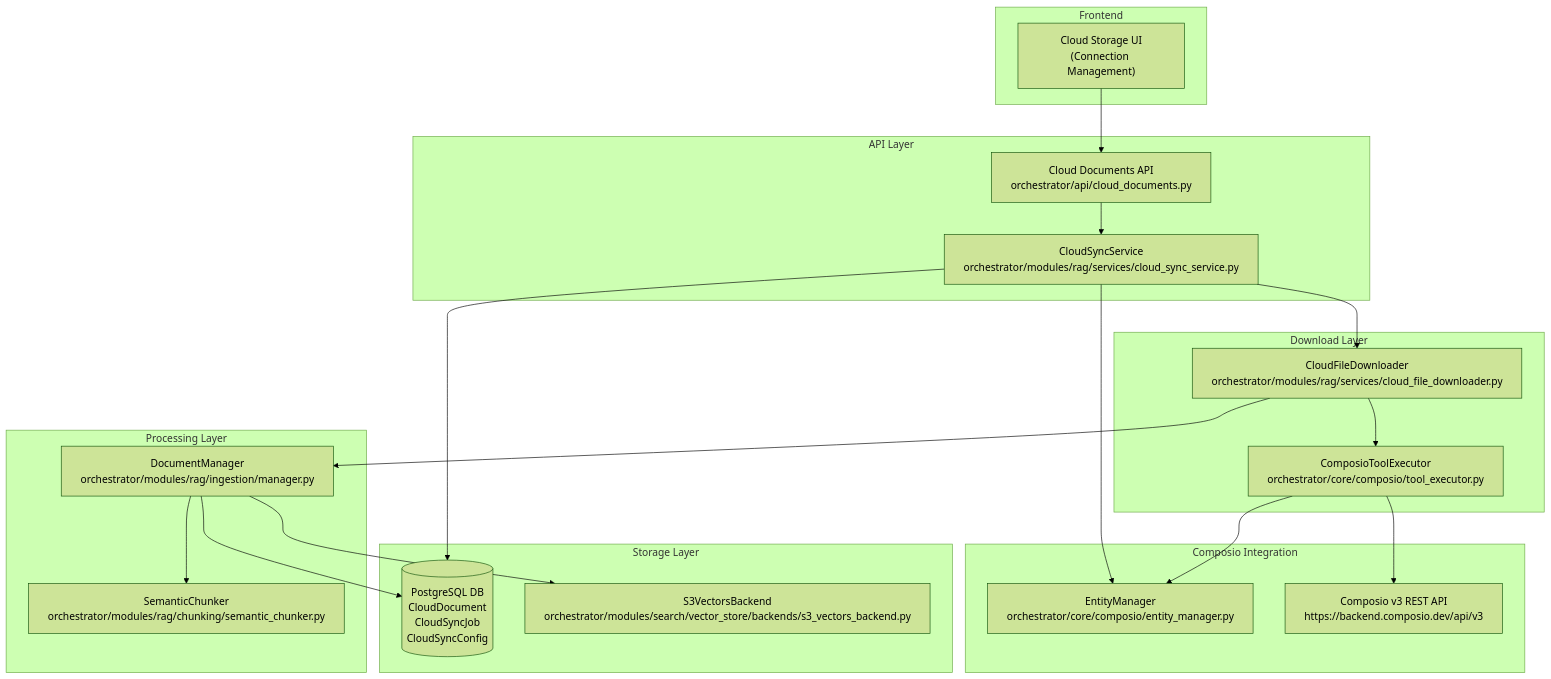
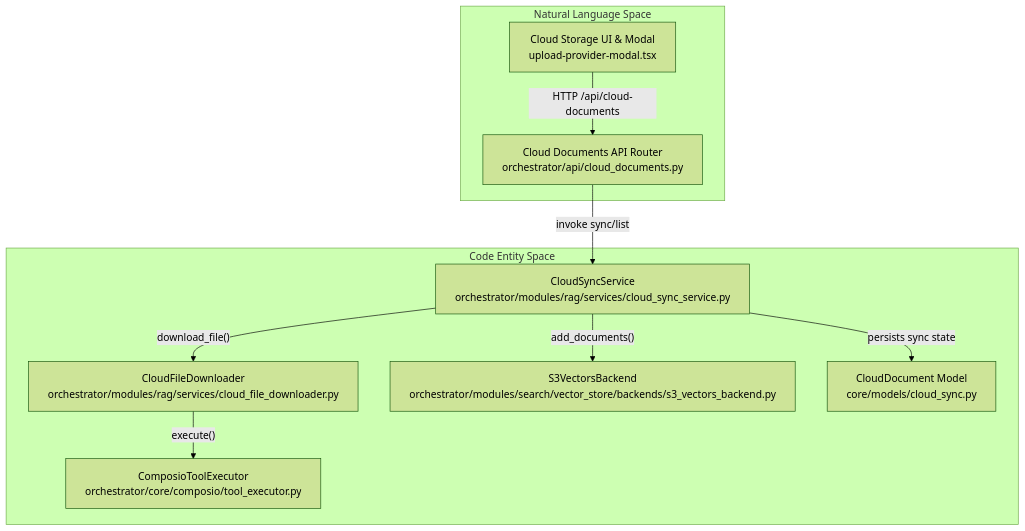
Before and after one commit to AutomatosAI/automatos-ai: the first of 3 diagrams in docs/knowledge-base-rag/cloud-storage-integration.md, drawn with Mermaid (forest theme). The commit also changed other lines of this file and 191 other files, not shown here.

````diff
--- a/docs/knowledge-base-rag/cloud-storage-integration.md
+++ b/docs/knowledge-base-rag/cloud-storage-integration.md
@@ -37,47 +56,22 @@
 ```mermaid
 graph TB
-    subgraph "Frontend"
-        UI["Cloud Storage UI<br/>(Connection Management)"]
+    subgraph "Natural Language Space"
+        UI["Cloud Storage UI & Modal<br/>upload-provider-modal.tsx"]
+        API["Cloud Documents API Router<br/>orchestrator/api/cloud_documents.py"]
     end
-    
-    subgraph "API Layer"
-        CloudAPI["CloudSyncService<br/>orchestrator/modules/rag/services/cloud_sync_service.py"]
-        CloudRouter["Cloud Documents API<br/>orchestrator/api/cloud_documents.py"]
+
+    subgraph "Code Entity Space"
+        Service["CloudSyncService<br/>orchestrator/modules/rag/services/cloud_sync_service.py"]
+        Downloader["CloudFileDownloader<br/>orchestrator/modules/rag/services/cloud_file_downloader.py"]
+        Executor["ComposioToolExecutor<br/>orchestrator/core/composio/tool_executor.py"]
+        Backend["S3VectorsBackend<br/>orchestrator/modules/search/vector_store/backends/s3_vectors_backend.py"]
+        StorageModel["CloudDocument Model<br/>core/models/cloud_sync.py"]
     end
-    
-    subgraph "Download Layer"
-        Downloader["CloudFileDownloader<br/>orchestrator/modules/rag/services/cloud_file_downloader.py"]
-        ComposioExec["ComposioToolExecutor<br/>orchestrator/core/composio/tool_executor.py"]
-    end
-    
-    subgraph "Composio Integration"
-        EntityMgr["EntityManager<br/>orchestrator/core/composio/entity_manager.py"]
-        ComposioAPI["Composio v3 REST API<br/>https://backend.composio.dev/api/v3"]
-    end
-    
-    subgraph "Processing Layer"
-        DocManager["DocumentManager<br/>orchestrator/modules/rag/ingestion/manager.py"]
-        Chunker["SemanticChunker<br/>orchestrator/modules/rag/chunking/semantic_chunker.py"]
-    end
-    
-    subgraph "Storage Layer"
-        PostgreSQL[("PostgreSQL DB<br/>CloudDocument<br/>CloudSyncJob<br/>CloudSyncConfig")]
-        S3Vectors["S3VectorsBackend<br/>orchestrator/modules/search/vector_store/backends/s3_vectors_backend.py"]
-    end
-    
-    UI --> CloudRouter
-    CloudRouter --> CloudAPI
-    CloudAPI --> Downloader
-    CloudAPI --> EntityMgr
-    Downloader --> ComposioExec
-    ComposioExec --> EntityMgr
-    ComposioExec --> ComposioAPI
-    
-    Downloader --> DocManager
-    DocManager --> Chunker
-    
-    DocManager --> S3Vectors
-    
-    CloudAPI --> PostgreSQL
-    DocManager --> PostgreSQL
+
+    UI -->|"HTTP /api/cloud-documents"| API
+    API -->|"invoke sync/list"| Service
+    Service -->|"download_file()"| Downloader
+    Downloader -->|"execute()"| Executor
+    Service -->|"add_documents()"| Backend
+    Service -->|"persists sync state"| StorageModel
 ```
````
